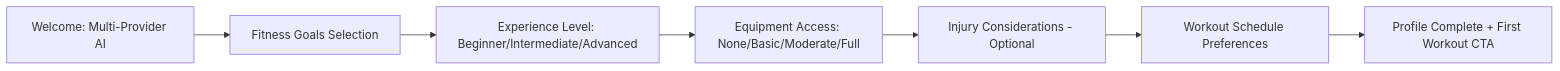
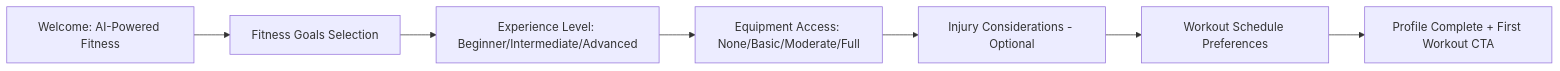
Diagram 11 of 15 in docs/User_Experience.md (vedprakash-m/vigor), drawn with Mermaid before and after one commit. The commit also changed other lines of this file and 72 other files, not shown here.

````diff
--- a/docs/User_Experience.md
+++ b/docs/User_Experience.md
@@ -706,9 +694,9 @@
 ```mermaid
 flowchart LR
-  Welcome[Welcome: Multi-Provider AI] --> Goals[Fitness Goals Selection]
+  Welcome[Welcome: AI-Powered Fitness] --> Goals[Fitness Goals Selection]
   Goals --> Level[Experience Level: Beginner/Intermediate/Advanced]
   Level --> Equipment[Equipment Access: None/Basic/Moderate/Full]
   Equipment --> Injuries[Injury Considerations - Optional]
   Injuries --> Schedule[Workout Schedule Preferences]
   Schedule --> Complete[Profile Complete + First Workout CTA]
 ```
````
